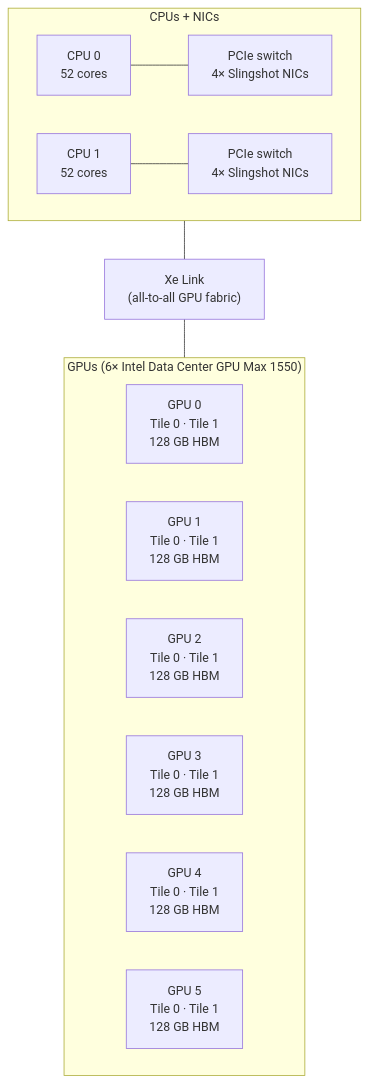
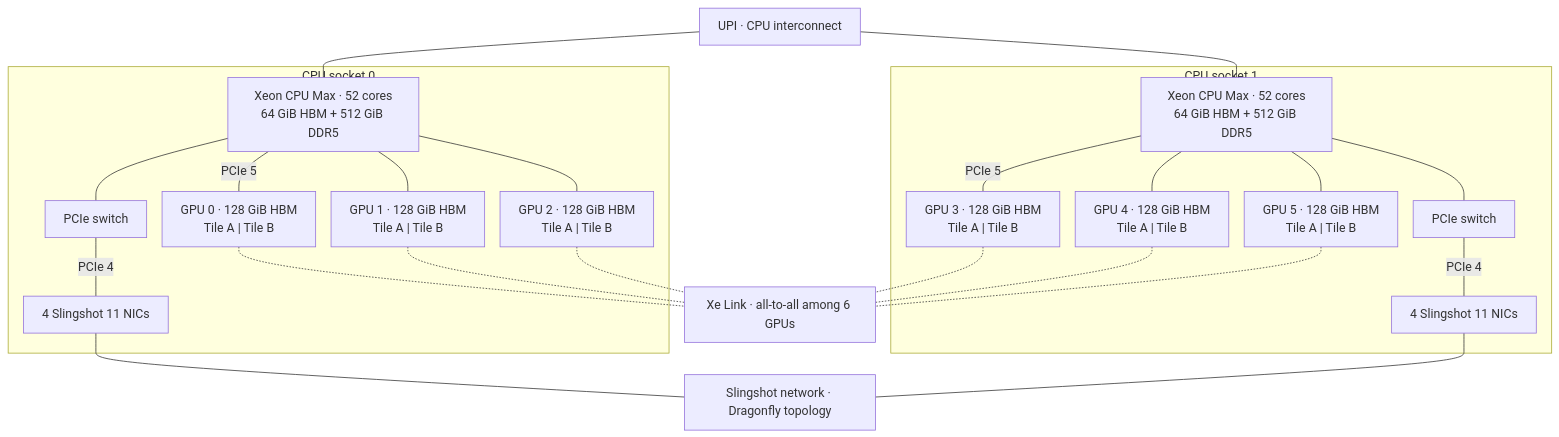
The fifth of 5 diagrams in web/src/pages/talks/2026/10/30/index.mdx (saforem2/samf.sh), drawn with Mermaid before and after one commit. The commit also changed other lines of this file, not shown here.

````diff
--- a/web/src/pages/talks/2026/10/30/index.mdx
+++ b/web/src/pages/talks/2026/10/30/index.mdx
@@ -738,17 +793,40 @@
 ```mermaid
+%%{init: {'flowchart': {'nodeSpacing': 20, 'rankSpacing': 28, 'padding': 12}}}%%
 flowchart TB
-    subgraph cpus["CPUs + NICs"]
-        CPU0["CPU 0<br/>52 cores"] --- PCIe0["PCIe switch<br/>4× Slingshot NICs"]
-        CPU1["CPU 1<br/>52 cores"] --- PCIe1["PCIe switch<br/>4× Slingshot NICs"]
+    subgraph S0["CPU socket 0"]
+        C0["Xeon CPU Max · 52 cores<br/>64 GiB HBM + 512 GiB DDR5"]
+        G0["GPU 0 · 128 GiB HBM<br/>Tile A | Tile B"]
+        G1["GPU 1 · 128 GiB HBM<br/>Tile A | Tile B"]
+        G2["GPU 2 · 128 GiB HBM<br/>Tile A | Tile B"]
+        C0 ---|PCIe 5| G0
+        C0 --- G1
+        C0 --- G2
+        P0["PCIe switch"]
+        N0["4 Slingshot 11 NICs"]
+        C0 --- P0
+        P0 ---|PCIe 4| N0
     end
-    subgraph gpus["GPUs (6× Intel Data Center GPU Max 1550)"]
-        GPU0["GPU 0<br/>Tile 0 · Tile 1<br/>128 GB HBM"]
-        GPU1["GPU 1<br/>Tile 0 · Tile 1<br/>128 GB HBM"]
-        GPU2["GPU 2<br/>Tile 0 · Tile 1<br/>128 GB HBM"]
-        GPU3["GPU 3<br/>Tile 0 · Tile 1<br/>128 GB HBM"]
-        GPU4["GPU 4<br/>Tile 0 · Tile 1<br/>128 GB HBM"]
-        GPU5["GPU 5<br/>Tile 0 · Tile 1<br/>128 GB HBM"]
+    subgraph S1["CPU socket 1"]
+        C1["Xeon CPU Max · 52 cores<br/>64 GiB HBM + 512 GiB DDR5"]
+        G3["GPU 3 · 128 GiB HBM<br/>Tile A | Tile B"]
+        G4["GPU 4 · 128 GiB HBM<br/>Tile A | Tile B"]
+        G5["GPU 5 · 128 GiB HBM<br/>Tile A | Tile B"]
+        C1 ---|PCIe 5| G3
+        C1 --- G4
+        C1 --- G5
+        P1["PCIe switch"]
+        N1["4 Slingshot 11 NICs"]
+        C1 --- P1
+        P1 ---|PCIe 4| N1
     end
-    cpus --- XeLink["Xe Link<br/>(all-to-all GPU fabric)"]
-    XeLink --- gpus
+    UPI["UPI · CPU interconnect"] --- C0
+    UPI --- C1
+    G0 -.- XE["Xe Link · all-to-all among 6 GPUs"]
+    G1 -.- XE
+    G2 -.- XE
+    G3 -.- XE
+    G4 -.- XE
+    G5 -.- XE
+    N0 --- NET["Slingshot network · Dragonfly topology"]
+    N1 --- NET
 ```
````
